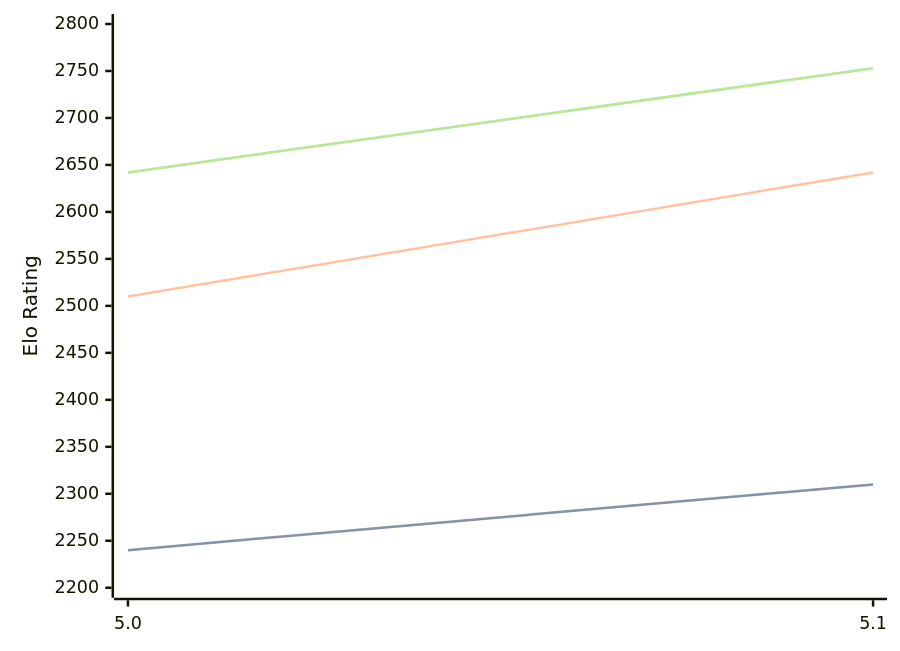
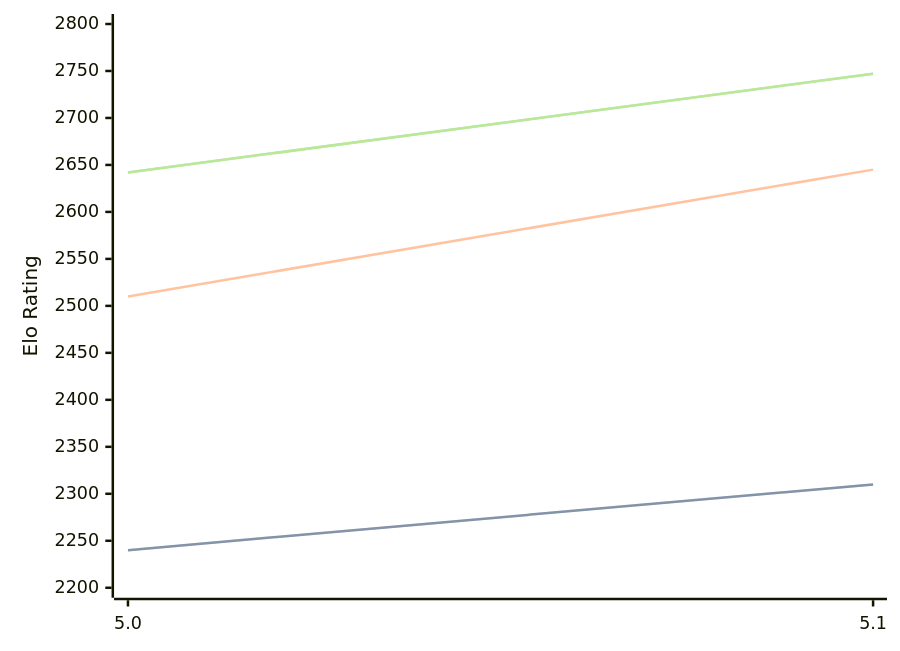
One commit to computer-chess-index/cci changed the diagram in engines/Dorky.md. Above: the diagram before and after it, drawn with Mermaid. The commit also changed other lines of this file, not shown here.

Commit message:
Update CCI Ratings (ELO VLTC) - 2026-09-17

````diff
--- a/engines/Dorky.md
+++ b/engines/Dorky.md
@@ -32,11 +32,11 @@
 ```mermaid
 %%{init: {"theme":"base","themeVariables":{"seriesColors:['#a3a3a3','#222221','#faa371']}}}%%
 xychart-beta
   x-axis ["5.0", "5.1"]
   y-axis "Elo Rating" 2200 --> 2800
   line "" [2240, 2310]
   line "STC (8.0+0.08s)" [2240, 2310]
-  line "LTC (60.0+0.60s)" [2510, 2642]
-  line "" [2642, 2753]
-  line "VLTC (2m24s+1.12s)" [2642, 2753]
+  line "LTC (60.0+0.60s)" [2510, 2645]
+  line "" [2642, 2747]
+  line "VLTC (2m24s+1.12s)" [2642, 2747]
 ```
````
